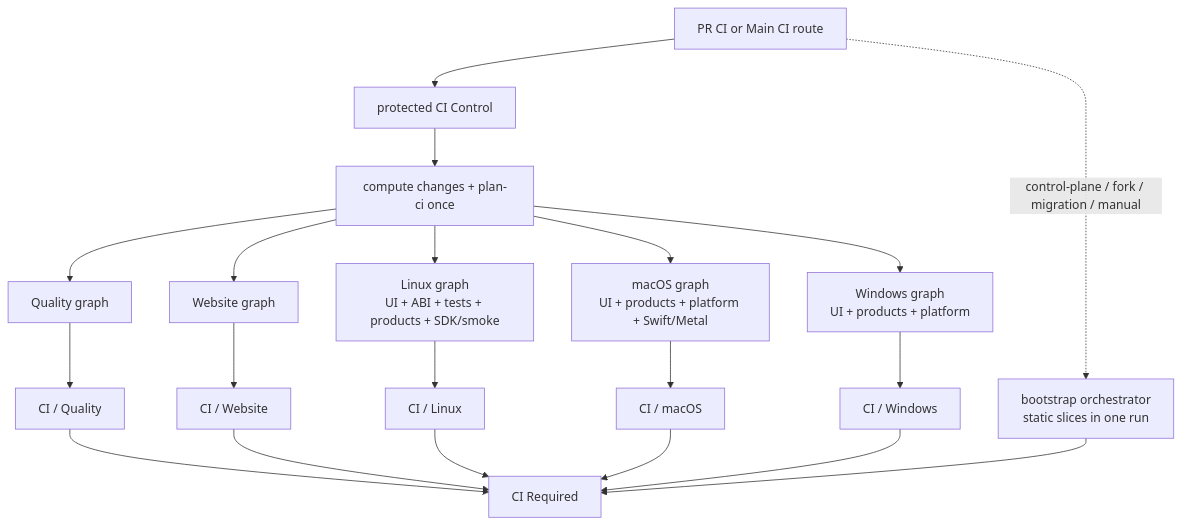
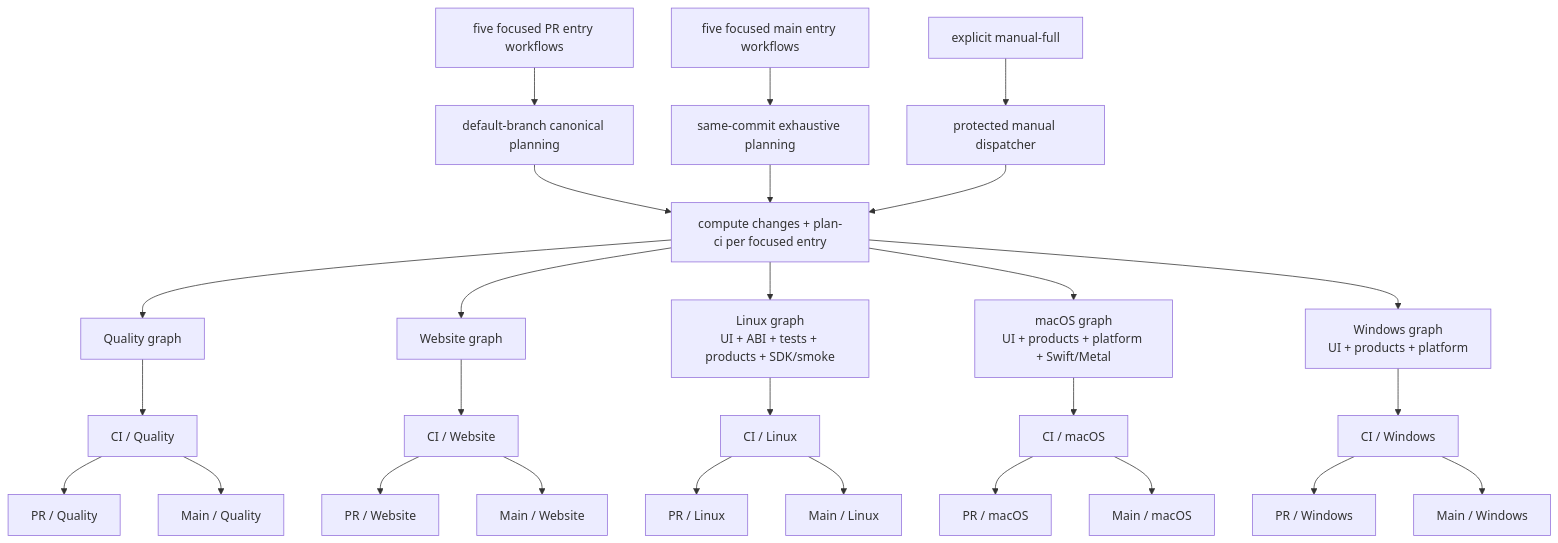
Before and after one commit to B-A-M-N/mesh-llm: the diagram in ci/ci.md, drawn with Mermaid. The commit also changed other lines of this file and 62 other files, not shown here.

First line of the commit message:
ci: split planning and platform workflow graphs (#1282)

````diff
--- a/ci/ci.md
+++ b/ci/ci.md
@@ -34,22 +84,29 @@
 ```mermaid
 flowchart TD
-    ENTRY["PR CI or Main CI route"] --> CONTROL["protected CI Control"]
-    CONTROL --> PLAN["compute changes + plan-ci once"]
+    PR["five focused PR entry workflows"] --> PRPLAN["default-branch canonical planning"]
+    MAIN["five focused main entry workflows"] --> MAINPLAN["same-commit exhaustive planning"]
+    MANUAL["explicit manual-full"] --> CONTROL["protected manual dispatcher"]
+    PRPLAN --> PLAN["compute changes + plan-ci per focused entry"]
+    MAINPLAN --> PLAN
+    CONTROL --> PLAN
     PLAN --> QUALITY["Quality graph"]
     PLAN --> WEB["Website graph"]
     PLAN --> LINUX["Linux graph\nUI + ABI + tests + products + SDK/smoke"]
     PLAN --> MAC["macOS graph\nUI + products + platform + Swift/Metal"]
     PLAN --> WIN["Windows graph\nUI + products + platform"]
     QUALITY --> QC["CI / Quality"]
     WEB --> WC["CI / Website"]
     LINUX --> LC["CI / Linux"]
     MAC --> MC["CI / macOS"]
     WIN --> XC["CI / Windows"]
-    QC --> GATE["CI Required"]
-    WC --> GATE
-    LC --> GATE
-    MC --> GATE
-    XC --> GATE
-    ENTRY -. "control-plane / fork / migration / manual" .-> BOOT["bootstrap orchestrator\nstatic slices in one run"]
-    BOOT --> GATE
+    QC --> GATE["PR / Quality"]
+    WC --> WEBGATE["PR / Website"]
+    LC --> LINUXGATE["PR / Linux"]
+    MC --> MACGATE["PR / macOS"]
+    XC --> WINGATE["PR / Windows"]
+    QC --> MQ["Main / Quality"]
+    WC --> MW["Main / Website"]
+    LC --> ML["Main / Linux"]
+    MC --> MM["Main / macOS"]
+    XC --> MX["Main / Windows"]
 ```
````
